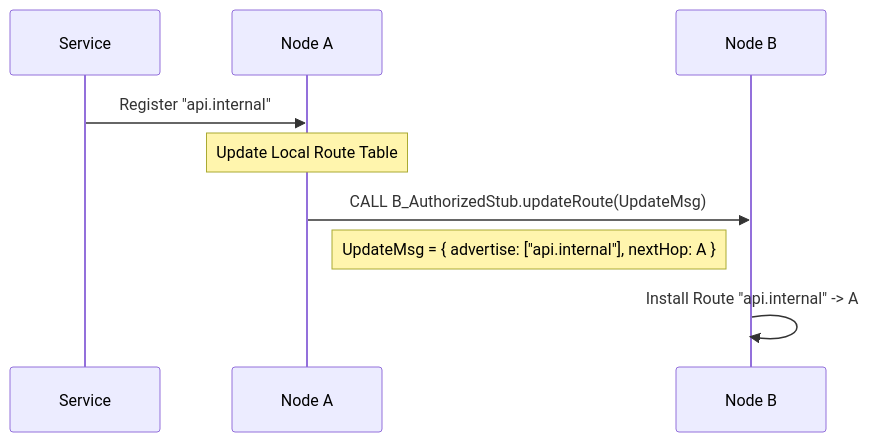
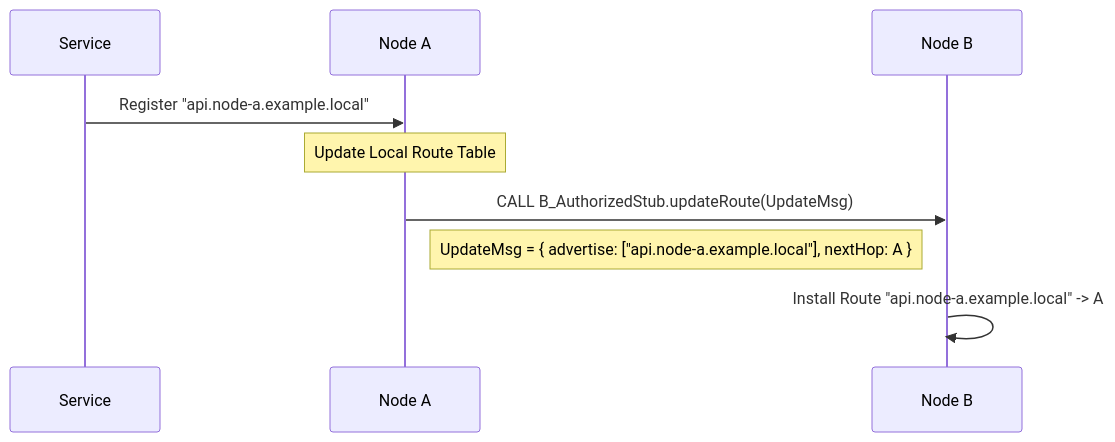
One commit to orbisoperations/catalyst-router changed the third of 3 diagrams in INTERNAL_PEERING.md. Above: the diagram before and after it, drawn with Mermaid. The commit also changed other lines of this file and 8 other files, not shown here.

First line of the commit message:
feat(config): add FQDN validation schemas and helper functions

````diff
--- a/INTERNAL_PEERING.md
+++ b/INTERNAL_PEERING.md
@@ -88,15 +88,15 @@
 ```mermaid
 sequenceDiagram
     participant Svc as Service
     participant A as Node A
     participant B as Node B
 
-    Svc->>A: Register "api.internal"
+    Svc->>A: Register "api.node-a.example.local"
 
     Note over A: Update Local Route Table
 
     A->>B: CALL B_AuthorizedStub.updateRoute(UpdateMsg)
-    Note right of A: UpdateMsg = { advertise: ["api.internal"], nextHop: A }
+    Note right of A: UpdateMsg = { advertise: ["api.node-a.example.local"], nextHop: A }
 
-    B->>B: Install Route "api.internal" -> A
+    B->>B: Install Route "api.node-a.example.local" -> A
 ```
````
